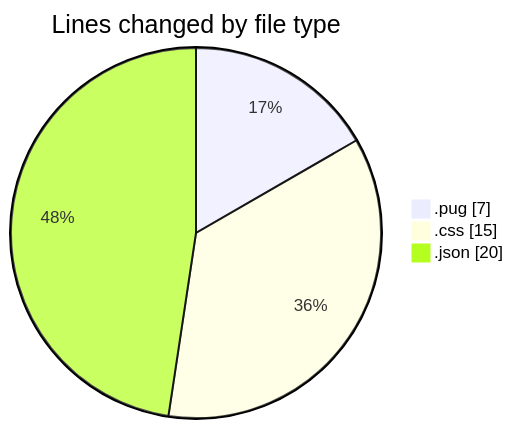
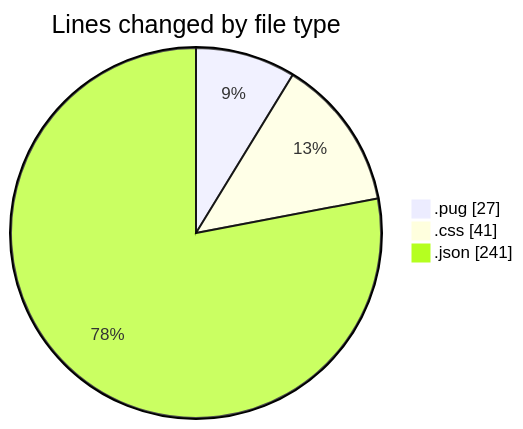
Before and after one commit to momahboobian/code-tracking: the first of 2 diagrams in 2025-11-06/cda/README.md, drawn with Mermaid. The commit also changed other lines of this file and 1 other file, not shown here.

````diff
--- a/2025-11-06/cda/README.md
+++ b/2025-11-06/cda/README.md
@@ -22,7 +23,7 @@
 ```mermaid
 pie showData
 title Lines changed by file type
-".pug" : 7
-".css" : 15
-".json" : 20
+".pug" : 27
+".css" : 41
+".json" : 241
 ```
````
